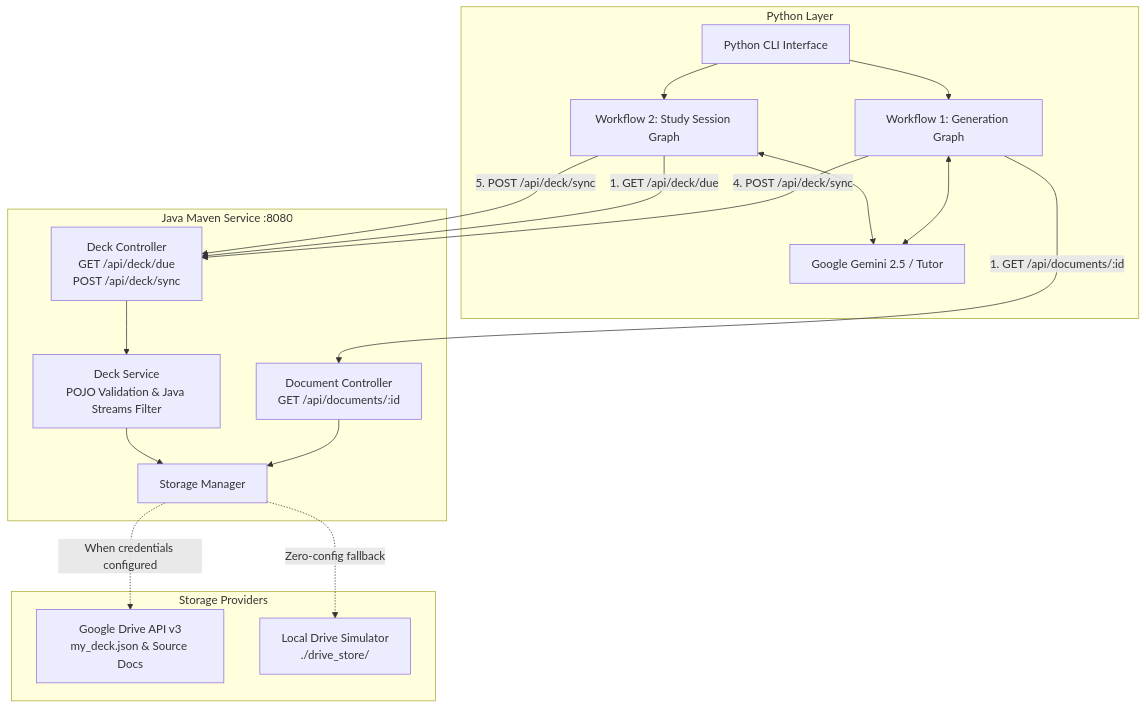
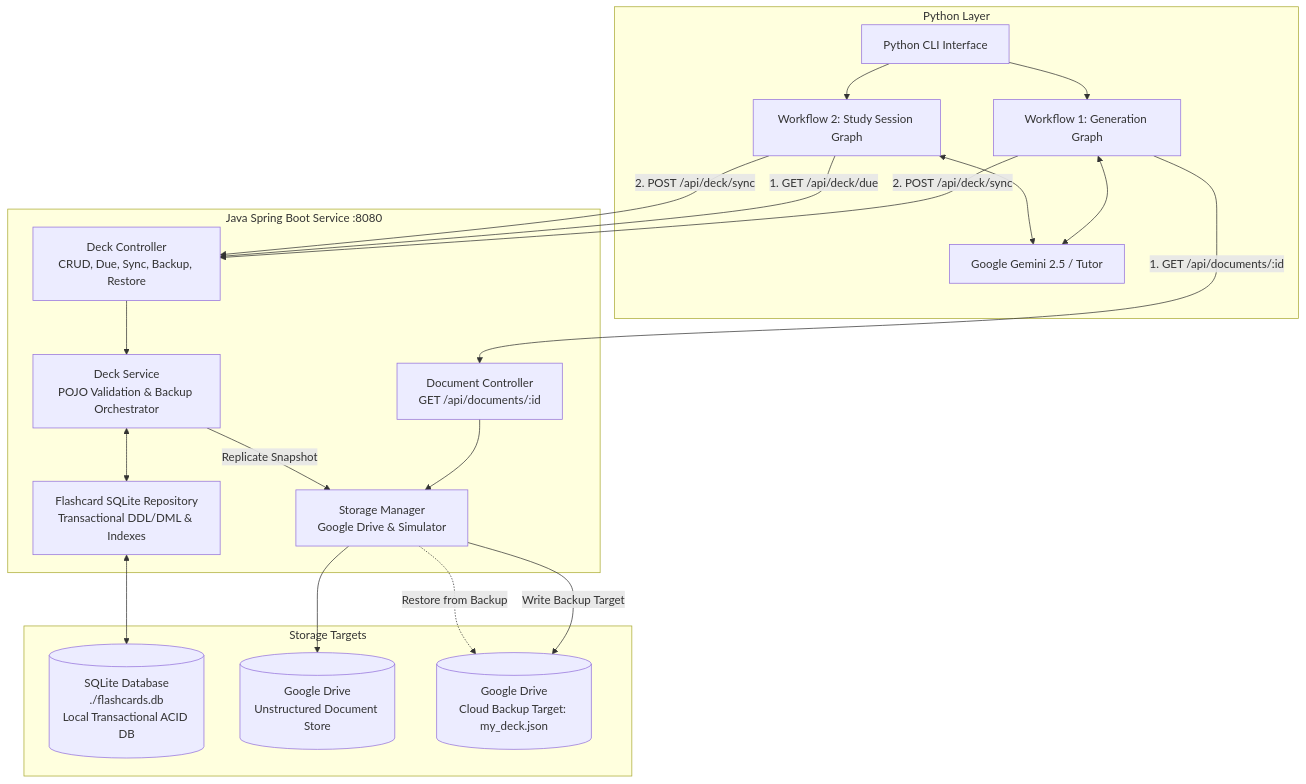
One commit to jamesjiayang/2026 changed the diagram in mcp-rest-system/flashcard-system/README.md. Above: the diagram before and after it, drawn with Mermaid. The commit also changed other lines of this file and 53 other files, not shown here.

````diff
--- a/mcp-rest-system/flashcard-system/README.md
+++ b/mcp-rest-system/flashcard-system/README.md
@@ -12,39 +17,44 @@
 ```mermaid
 flowchart TD
-    subgraph Presentation & Processing [Python Layer]
+    subgraph Presentation & AI Layer [Python Layer]
         CLI[Python CLI Interface]
         GenGraph[Workflow 1: Generation Graph]
         StudyGraph[Workflow 2: Study Session Graph]
         Gemini[Google Gemini 2.5 / Tutor]
     end
 
-    subgraph Storage & Cloud Guardian [Java Maven Service :8080]
+    subgraph Storage & Cloud Guardian [Java Spring Boot Service :8080]
         DocCtrl[Document Controller<br/>GET /api/documents/:id]
-        DeckCtrl[Deck Controller<br/>GET /api/deck/due<br/>POST /api/deck/sync]
-        DeckSvc[Deck Service<br/>POJO Validation & Java Streams Filter]
-        StorageMgr[Storage Manager]
+        DeckCtrl[Deck Controller<br/>CRUD, Due, Sync, Backup, Restore]
+        DeckSvc[Deck Service<br/>POJO Validation & Backup Orchestrator]
+        SqliteRepo[Flashcard SQLite Repository<br/>Transactional DDL/DML & Indexes]
+        StorageMgr[Storage Manager<br/>Google Drive & Simulator]
     end
 
-    subgraph Storage Providers
-        GDrive[Google Drive API v3<br/>my_deck.json & Source Docs]
-        LocalDrive[Local Drive Simulator<br/>./drive_store/]
+    subgraph Storage Targets
+        SQLiteDB[(SQLite Database<br/>./flashcards.db<br/>Local Transactional ACID DB)]
+        GDriveDocs[(Google Drive<br/>Unstructured Document Store)]
+        GDriveBackup[(Google Drive<br/>Cloud Backup Target: my_deck.json)]
     end
 
     CLI --> GenGraph
     CLI --> StudyGraph
     GenGraph <--> Gemini
     StudyGraph <--> Gemini
 
     GenGraph -- "1. GET /api/documents/:id" --> DocCtrl
-    GenGraph -- "4. POST /api/deck/sync" --> DeckCtrl
+    DocCtrl --> StorageMgr
+    StorageMgr --> GDriveDocs
 
+    GenGraph -- "2. POST /api/deck/sync" --> DeckCtrl
     StudyGraph -- "1. GET /api/deck/due" --> DeckCtrl
-    StudyGraph -- "5. POST /api/deck/sync" --> DeckCtrl
+    StudyGraph -- "2. POST /api/deck/sync" --> DeckCtrl
 
-    DocCtrl --> StorageMgr
     DeckCtrl --> DeckSvc
-    DeckSvc --> StorageMgr
+    DeckSvc <--> SqliteRepo
+    SqliteRepo <--> SQLiteDB
 
-    StorageMgr -. "When credentials configured" .-> GDrive
-    StorageMgr -. "Zero-config fallback" .-> LocalDrive
+    DeckSvc -- "Replicate Snapshot" --> StorageMgr
+    StorageMgr -- "Write Backup Target" --> GDriveBackup
+    StorageMgr -. "Restore from Backup" .-> GDriveBackup
 ```
````
